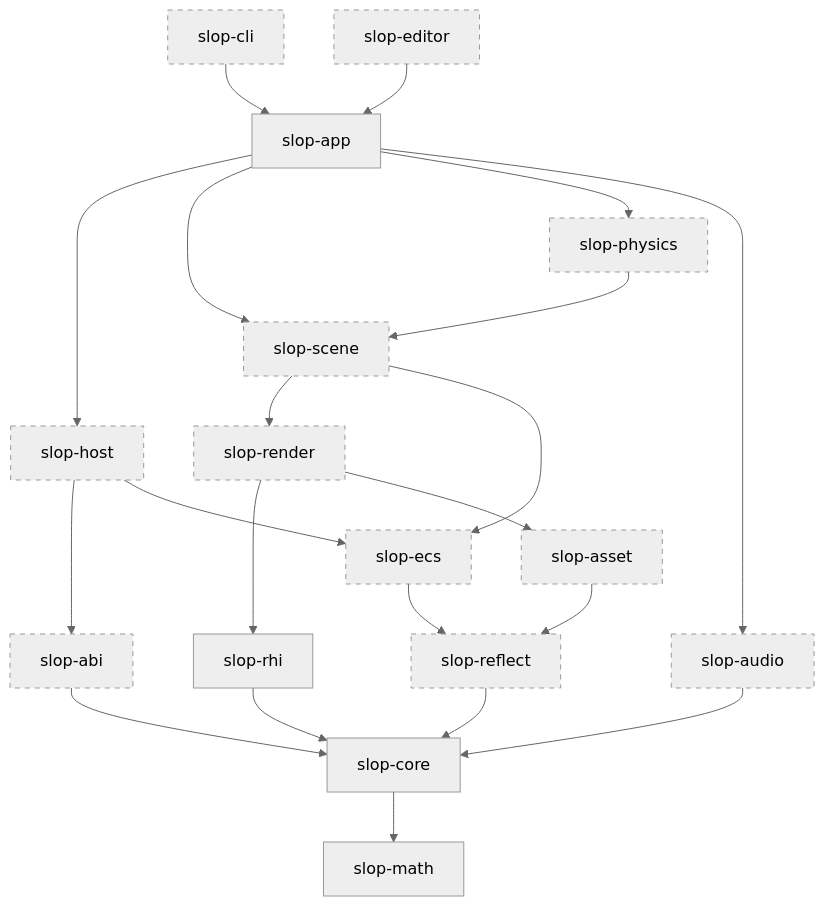
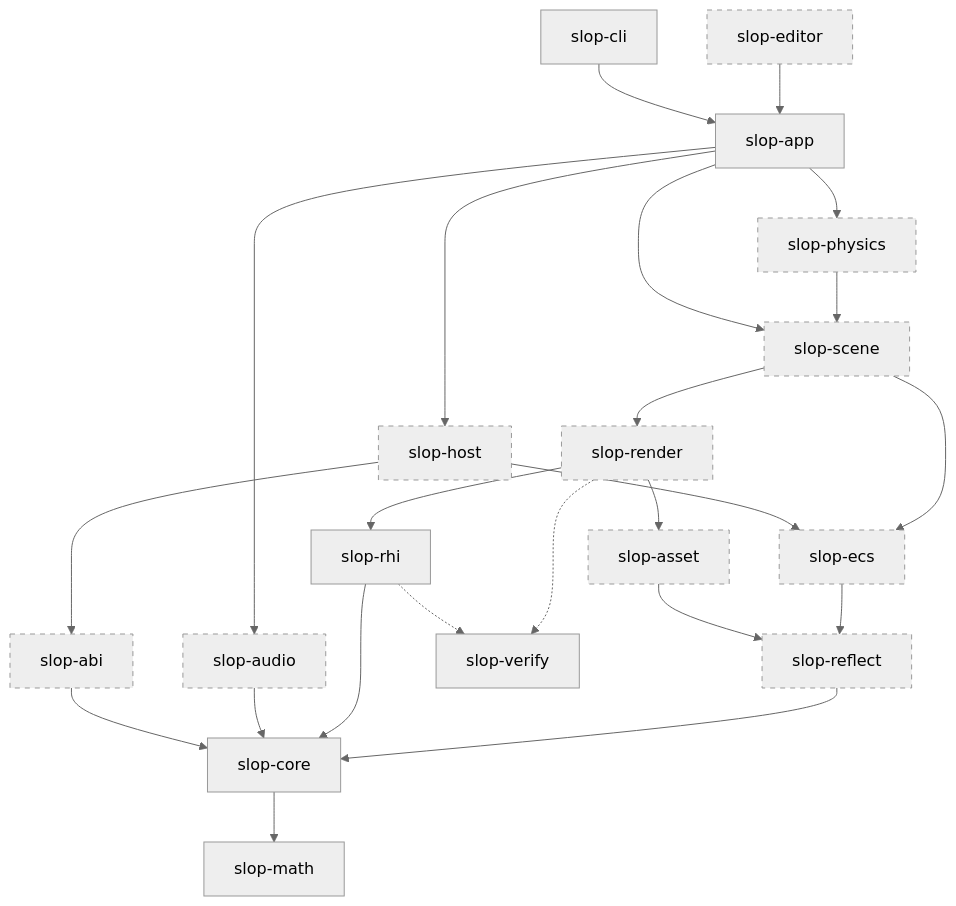
The first of 5 diagrams in docs/architecture.md (adamloec/slop), drawn with Mermaid (neutral theme) before and after one commit. The commit also changed other lines of this file and 34 other files, not shown here.

````diff
--- a/docs/architecture.md
+++ b/docs/architecture.md
@@ -19,42 +19,46 @@
 ```mermaid
 flowchart TD
     cli["slop-cli"]
     editor["slop-editor"]
     app["slop-app"]
     host["slop-host"]
     abi["slop-abi"]
     audio["slop-audio"]
     physics["slop-physics"]
     scene["slop-scene"]
     render["slop-render"]
     rhi["slop-rhi"]
     asset["slop-asset"]
     ecs["slop-ecs"]
     reflect["slop-reflect"]
     core["slop-core"]
     math["slop-math"]
+    verify["slop-verify"]
 
     cli --> app
     editor --> app
     app --> host
     app --> scene
     app --> physics
     app --> audio
     host --> abi
     host --> ecs
     abi --> core
     audio --> core
     physics --> scene
     scene --> render
     scene --> ecs
     render --> rhi
     render --> asset
     rhi --> core
     asset --> reflect
     ecs --> reflect
     reflect --> core
     core --> math
 
+    rhi -.-> verify
+    render -.-> verify
+
     classDef planned stroke-dasharray: 5 5
-    class cli,editor,host,abi,audio,physics,scene,render,asset,ecs,reflect planned
+    class editor,host,abi,audio,physics,scene,render,asset,ecs,reflect planned
 ```
````
